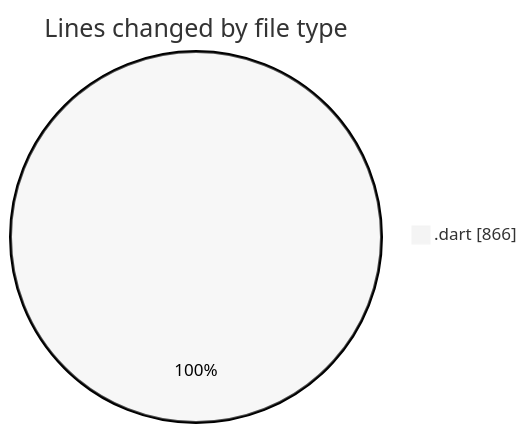
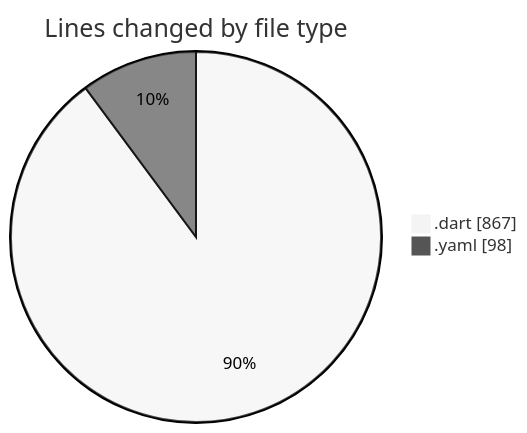
One commit to donsfak/code-tracking changed the first of 2 diagrams in 2025-11-01/weather_insights_app/README.md. Above: the diagram before and after it, drawn with Mermaid (neutral theme). The commit also changed other lines of this file and 1 other file, not shown here.

````diff
--- a/2025-11-01/weather_insights_app/README.md
+++ b/2025-11-01/weather_insights_app/README.md
@@ -22,5 +24,6 @@
 ```mermaid
 pie showData
 title Lines changed by file type
-".dart" : 866
+".dart" : 867
+".yaml" : 98
 ```
````
